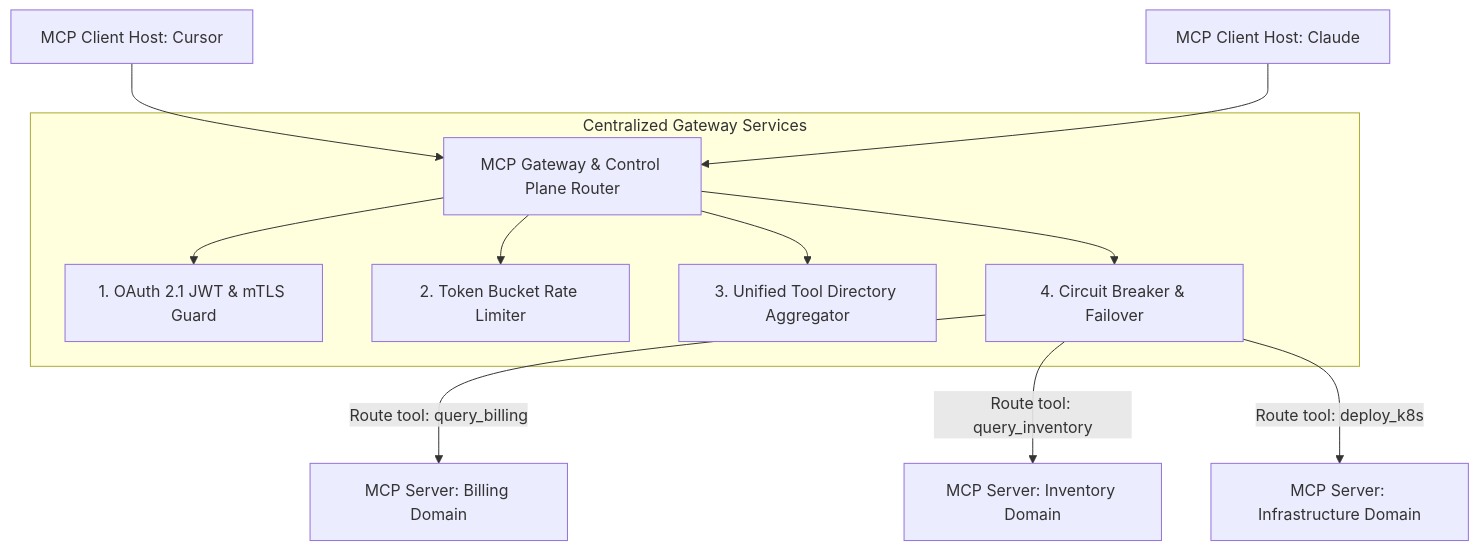
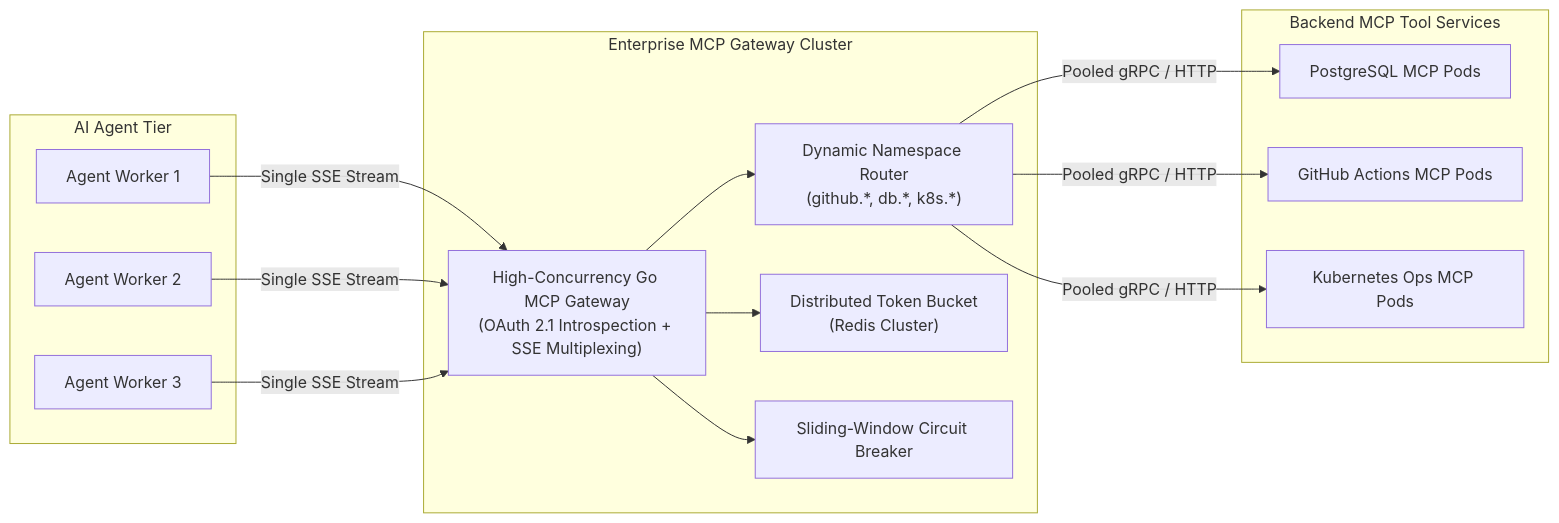
One commit to vesviet/vesviet changed the second of 5 diagrams in content/series/mcp-engineering-in-production/part-4-gateway.md. Above: the diagram before and after it, drawn with Mermaid. The commit also changed other lines of this file and 26 other files, not shown here.

````diff
--- a/content/series/mcp-engineering-in-production/part-4-gateway.md
+++ b/content/series/mcp-engineering-in-production/part-4-gateway.md
@@ -48,16 +73,32 @@
 ```mermaid
-graph TD
-    Client1["MCP Client Host: Cursor"] --> Gateway["MCP Gateway & Control Plane Router"]
-    Client2["MCP Client Host: Claude"] --> Gateway
-
-    subgraph Centralized Gateway Services
-        Gateway --> AuthGuard["1. OAuth 2.1 JWT & mTLS Guard"]
-        Gateway --> RateLimiter["2. Token Bucket Rate Limiter"]
-        Gateway --> ToolAggregator["3. Unified Tool Directory Aggregator"]
-        Gateway --> CircuitBreaker["4. Circuit Breaker & Failover"]
+graph LR
+    subgraph "AI Agent Tier"
+        A1["Agent Worker 1"]
+        A2["Agent Worker 2"]
+        A3["Agent Worker 3"]
     end
 
-    CircuitBreaker -->|"Route tool: query_billing"| MCPServer1["MCP Server: Billing Domain"]
-    CircuitBreaker -->|"Route tool: query_inventory"| MCPServer2["MCP Server: Inventory Domain"]
-    CircuitBreaker -->|"Route tool: deploy_k8s"| MCPServer3["MCP Server: Infrastructure Domain"]
+    subgraph "Enterprise MCP Gateway Cluster"
+        GW["High-Concurrency Go MCP Gateway<br/>(OAuth 2.1 Introspection + SSE Multiplexing)"]
+        RT["Dynamic Namespace Router<br/>(github.*, db.*, k8s.*)"]
+        RL["Distributed Token Bucket<br/>(Redis Cluster)"]
+        CB["Sliding-Window Circuit Breaker"]
+        GW --> RT
+        GW --> RL
+        GW --> CB
+    end
+
+    subgraph "Backend MCP Tool Services"
+        S1["PostgreSQL MCP Pods"]
+        S2["GitHub Actions MCP Pods"]
+        S3["Kubernetes Ops MCP Pods"]
+    end
+
+    A1 -->|Single SSE Stream| GW
+    A2 -->|Single SSE Stream| GW
+    A3 -->|Single SSE Stream| GW
+
+    RT -->|Pooled gRPC / HTTP| S1
+    RT -->|Pooled gRPC / HTTP| S2
+    RT -->|Pooled gRPC / HTTP| S3
 ```
````
